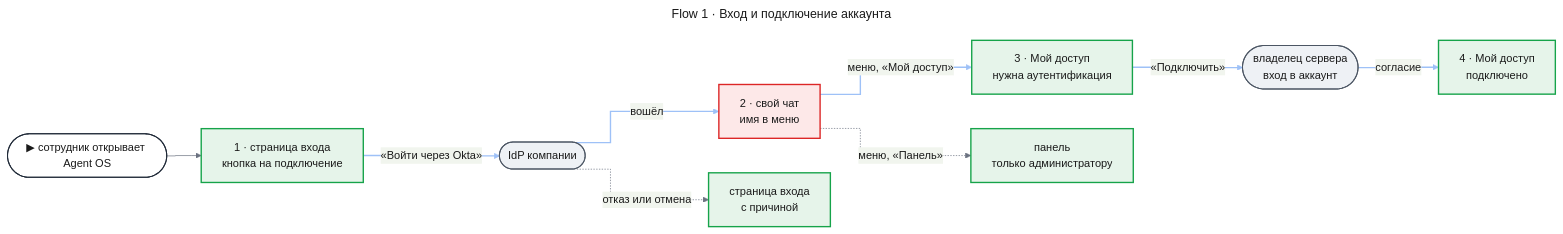
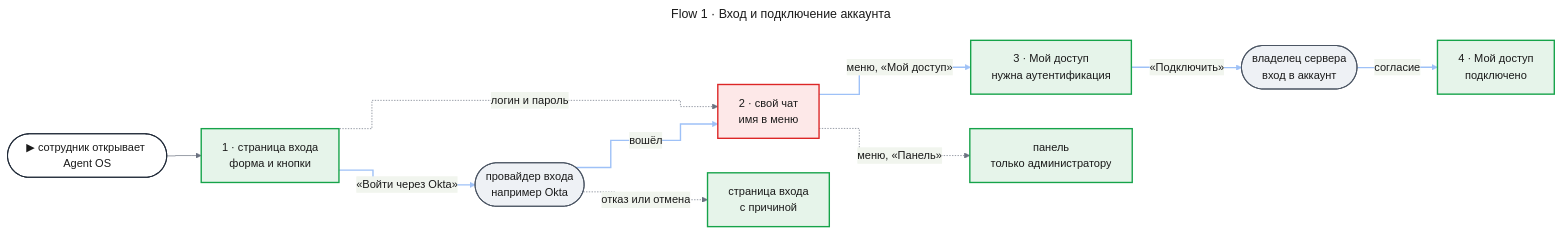
Before and after one commit to tundraray/agent-os: the first of 3 diagrams in docs/features/enterprise-access/uxrd.md, drawn with Mermaid. The commit also changed other lines of this file and 2 other files, not shown here.

````diff
--- a/docs/features/enterprise-access/uxrd.md
+++ b/docs/features/enterprise-access/uxrd.md
@@ -74,53 +75,54 @@
 ```mermaid
 ---
 title: "Flow 1 · Вход и подключение аккаунта"
 config:
   theme: base
   look: classic
   themeVariables:
     primaryColor: "#eef1f5"
     primaryBorderColor: "#4b5563"
     primaryTextColor: "#1a1a1a"
     lineColor: "#6b7280"
   flowchart:
     curve: step
   themeCSS: |
     @keyframes litr_ea1{0%,15%{stroke:#1d4ed8;stroke-width:6px}16.67%,100%{stroke:#9ec1f7;stroke-width:2px}}
 ---
 flowchart LR
     entry(["▶ сотрудник открывает Agent OS"])
-    login["1 · страница входа<br/>кнопка на подключение"]
-    idp(["IdP компании"])
+    login["1 · страница входа<br/>форма и кнопки"]
+    idp(["провайдер входа<br/>например Okta"])
     chat["2 · свой чат<br/>имя в меню"]
     access["3 · Мой доступ<br/>нужна аутентификация"]
     owner(["владелец сервера<br/>вход в аккаунт"])
     done["4 · Мой доступ<br/>подключено"]
     fail["страница входа<br/>с причиной"]
     admin["панель<br/>только администратору"]
     entry --> login
     login e1@-->|"«Войти через Okta»"| idp
     idp e2@-->|"вошёл"| chat
     chat e3@-->|"меню, «Мой доступ»"| access
     access e4@-->|"«Подключить»"| owner
     owner e5@-->|"согласие"| done
     idp -.->|"отказ или отмена"| fail
+    login -.->|"логин и пароль"| chat
     chat -.->|"меню, «Панель»"| admin
     classDef entry fill:#ffffff,stroke:#1f2937,stroke-width:1.5px,color:#1a1a1a
     classDef changed fill:#fde8e8,stroke:#dc2626,stroke-width:2px,color:#1a1a1a
     classDef new fill:#e6f4ea,stroke:#16a34a,stroke-width:2px,color:#1a1a1a
     classDef unchanged fill:#eef1f5,stroke:#4b5563,stroke-width:1.5px,color:#1a1a1a
     classDef r1 stroke:#9ec1f7,stroke-width:2px,animation:litr_ea1 6s linear 0s infinite
     classDef r2 stroke:#9ec1f7,stroke-width:2px,animation:litr_ea1 6s linear 1.2s infinite
     classDef r3 stroke:#9ec1f7,stroke-width:2px,animation:litr_ea1 6s linear 2.4s infinite
     classDef r4 stroke:#9ec1f7,stroke-width:2px,animation:litr_ea1 6s linear 3.6s infinite
     classDef r5 stroke:#9ec1f7,stroke-width:2px,animation:litr_ea1 6s linear 4.8s infinite
     class entry entry
     class chat changed
     class login,access,done,fail,admin new
     class idp,owner unchanged
     class e1 r1
     class e2 r2
     class e3 r3
     class e4 r4
     class e5 r5
 ```
````
